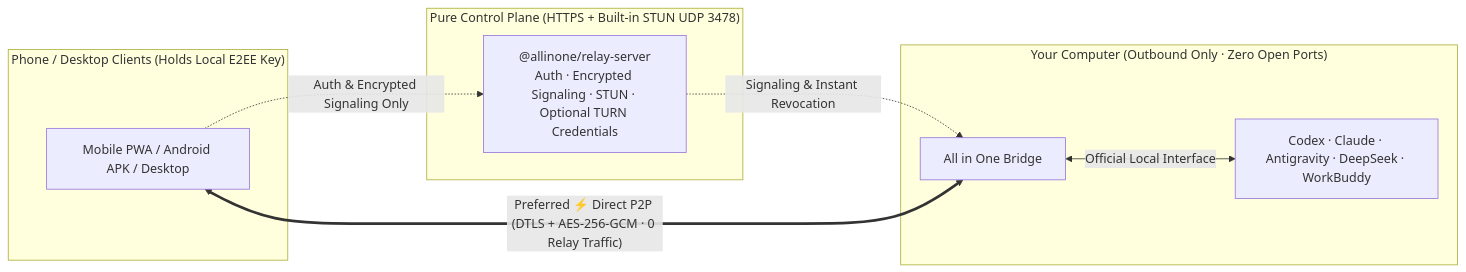
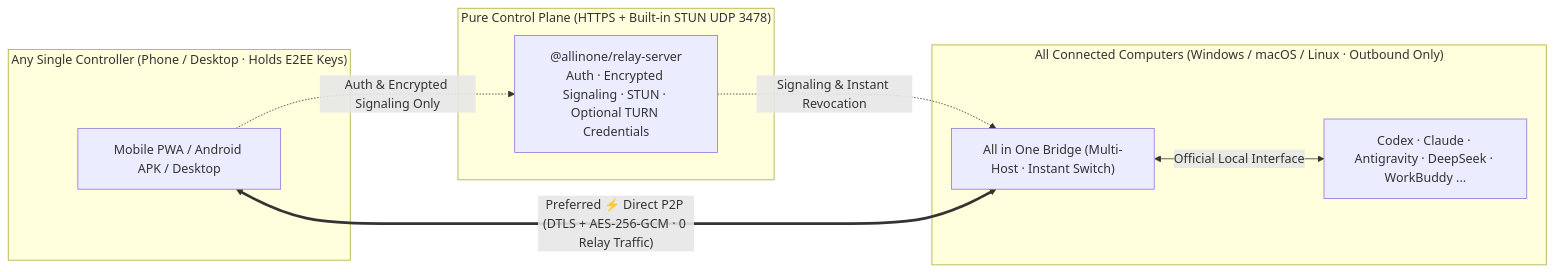
One commit to RainbowLion0320/AllinOne changed the diagram in README_EN.md. Above: the diagram before and after it, drawn with Mermaid. The commit also changed other lines of this file and 1 other file, not shown here.

Commit message:
docs(readme): clarify single-device multi-host control & ongoing tool expansion

````diff
--- a/README_EN.md
+++ b/README_EN.md
@@ -129,20 +131,20 @@
 ```mermaid
 flowchart LR
-  subgraph Clients["Phone / Desktop Clients (Holds Local E2EE Key)"]
+  subgraph Clients["Any Single Controller (Phone / Desktop · Holds E2EE Keys)"]
     M["Mobile PWA / Android APK / Desktop"]
   end
 
   subgraph Control["Pure Control Plane (HTTPS + Built-in STUN UDP 3478)"]
     R["@allinone/relay-server<br/>Auth · Encrypted Signaling · STUN · Optional TURN Credentials"]
   end
 
-  subgraph PC["Your Computer (Outbound Only · Zero Open Ports)"]
-    B["All in One Bridge"]
-    A["Codex · Claude · Antigravity · DeepSeek · WorkBuddy"]
+  subgraph PC["All Connected Computers (Windows / macOS / Linux · Outbound Only)"]
+    B["All in One Bridge (Multi-Host · Instant Switch)"]
+    A["Codex · Claude · Antigravity · DeepSeek · WorkBuddy ..."]
     B <-->|"Official Local Interface"| A
   end
 
   M -.->|"Auth & Encrypted Signaling Only"| R
   R -.->|"Signaling & Instant Revocation"| B
   M <==>|"Preferred ⚡ Direct P2P (DTLS + AES-256-GCM · 0 Relay Traffic)"| B
 ```
````
